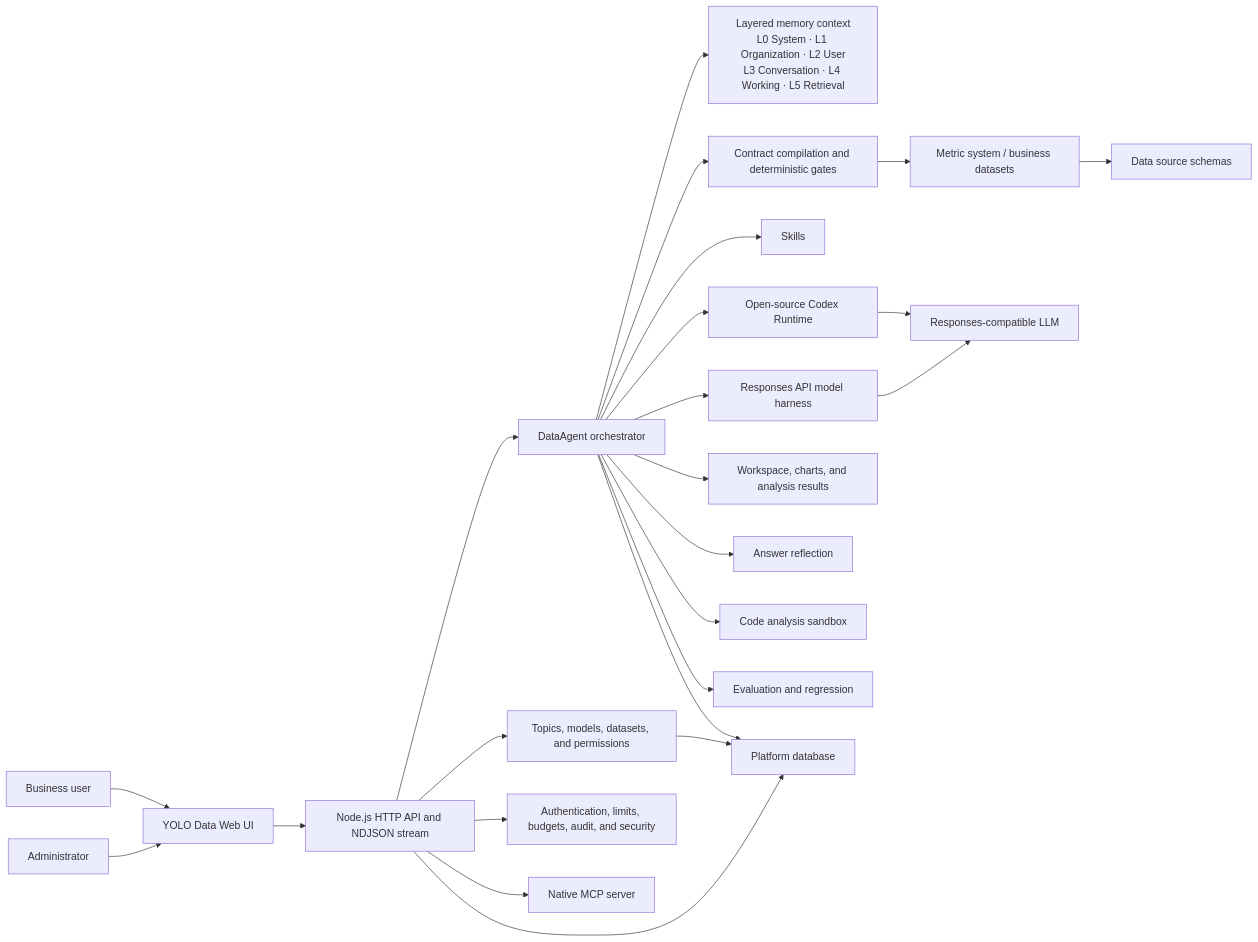
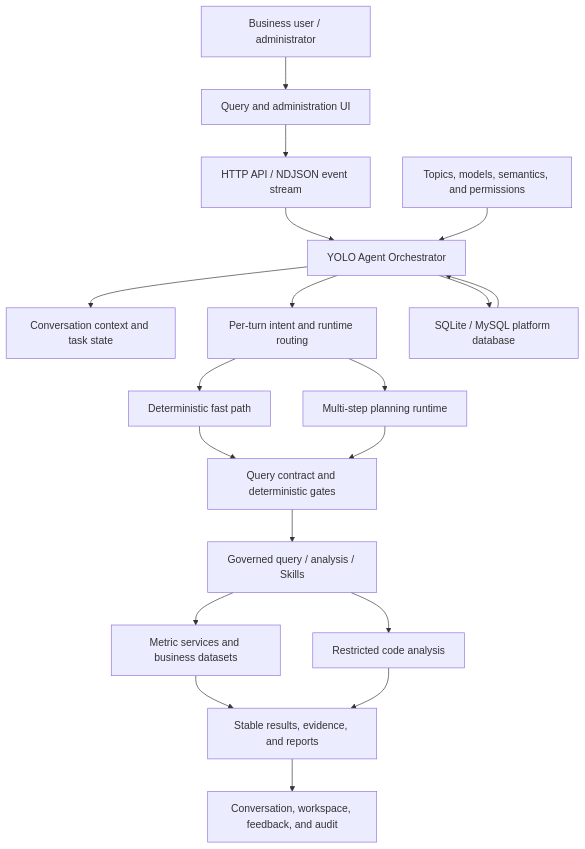
The diagram in README_EN.md (xiaour/yolo-data), drawn with Mermaid before and after one commit. The commit also changed other lines of this file and 1 other file, not shown here.

Commit message:
runtime and workflow upgrade.

````diff
--- a/README_EN.md
+++ b/README_EN.md
@@ -101,30 +55,25 @@
 ```mermaid
-flowchart LR
-  USER["Business user"] --> UI["YOLO Data Web UI"]
-  ADMIN["Administrator"] --> UI
+flowchart TB
+  USER["Business user / administrator"] --> UI["Query and administration UI"]
+  UI --> API["HTTP API / NDJSON event stream"]
 
-  UI --> API["Node.js HTTP API and NDJSON stream"]
-  API --> AGENT["DataAgent orchestrator"]
-  API --> CONFIG["Topics, models, datasets, and permissions"]
+  API --> AGENT["YOLO Agent Orchestrator"]
+  AGENT --> CONTEXT["Conversation context and task state"]
+  AGENT --> ROUTER["Per-turn intent and runtime routing"]
+  ROUTER --> FAST["Deterministic fast path"]
+  ROUTER --> PLAN["Multi-step planning runtime"]
 
-  MEMORY["Layered memory context\nL0 System · L1 Organization · L2 User\nL3 Conversation · L4 Working · L5 Retrieval"]
-  AGENT --> MEMORY
-  AGENT --> CONTRACT["Contract compilation and deterministic gates"]
-  AGENT --> SKILL["Skills"]
-  AGENT --> CODEX["Open-source Codex Runtime"]
-  AGENT --> HARNESS["Responses API model harness"]
-  CONTRACT --> SOURCES["Metric system / business datasets"]
-  AGENT --> OUTPUT["Workspace, charts, and analysis results"]
-  AGENT --> REFLECT["Answer reflection"]
-  API --> GOVERNANCE["Authentication, limits, budgets, audit, and security"]
-  API --> MCP["Native MCP server"]
-  AGENT --> SANDBOX["Code analysis sandbox"]
-  AGENT --> EVAL["Evaluation and regression"]
+  FAST --> CONTRACT["Query contract and deterministic gates"]
+  PLAN --> CONTRACT
+  CONTRACT --> TOOLS["Governed query / analysis / Skills"]
+  TOOLS --> DATA["Metric services and business datasets"]
+  TOOLS --> SANDBOX["Restricted code analysis"]
 
-  CODEX --> LLM["Responses-compatible LLM"]
-  HARNESS --> LLM
-  SOURCES --> PLATFORM["Data source schemas"]
-  API --> DB["Platform database"]
-  AGENT --> DB
-  CONFIG --> DB
+  DATA --> RESULT["Stable results, evidence, and reports"]
+  SANDBOX --> RESULT
+  RESULT --> WORKSPACE["Conversation, workspace, feedback, and audit"]
+
+  CONFIG["Topics, models, semantics, and permissions"] --> AGENT
+  STORE["SQLite / MySQL platform database"] --> AGENT
+  AGENT --> STORE
 ```
````
